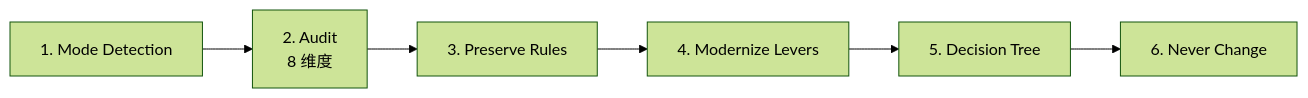
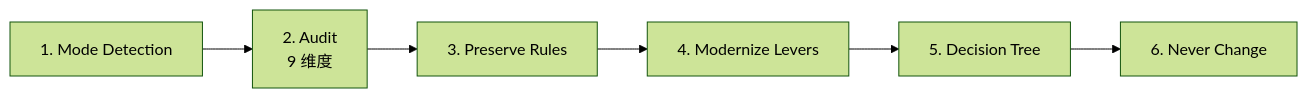
One commit to Kirky-X/maliang changed the first of 2 diagrams in references/commands/redesign.md. Above: the diagram before and after it, drawn with Mermaid (forest theme). The commit also changed other lines of this file and 171 other files, not shown here.

````diff
--- a/references/commands/redesign.md
+++ b/references/commands/redesign.md
@@ -19,8 +19,8 @@
 ```mermaid
 flowchart LR
-  A["1. Mode Detection"] --> B["2. Audit<br/>8 维度"]
+  A["1. Mode Detection"] --> B["2. Audit<br/>9 维度"]
   B --> C["3. Preserve Rules"]
   C --> D["4. Modernize Levers"]
   D --> E["5. Decision Tree"]
   E --> F["6. Never Change"]
 ```
````
